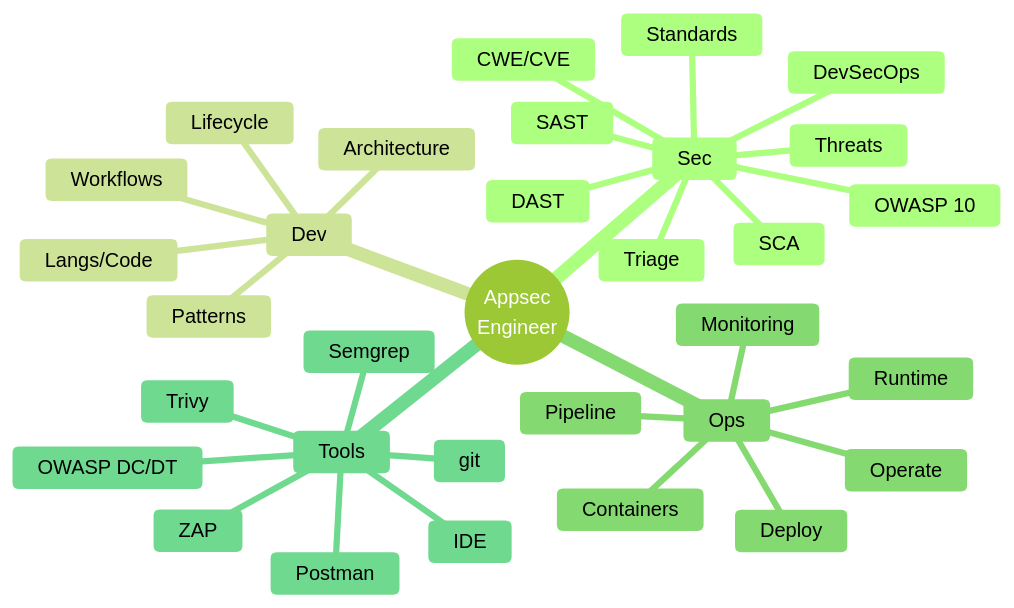
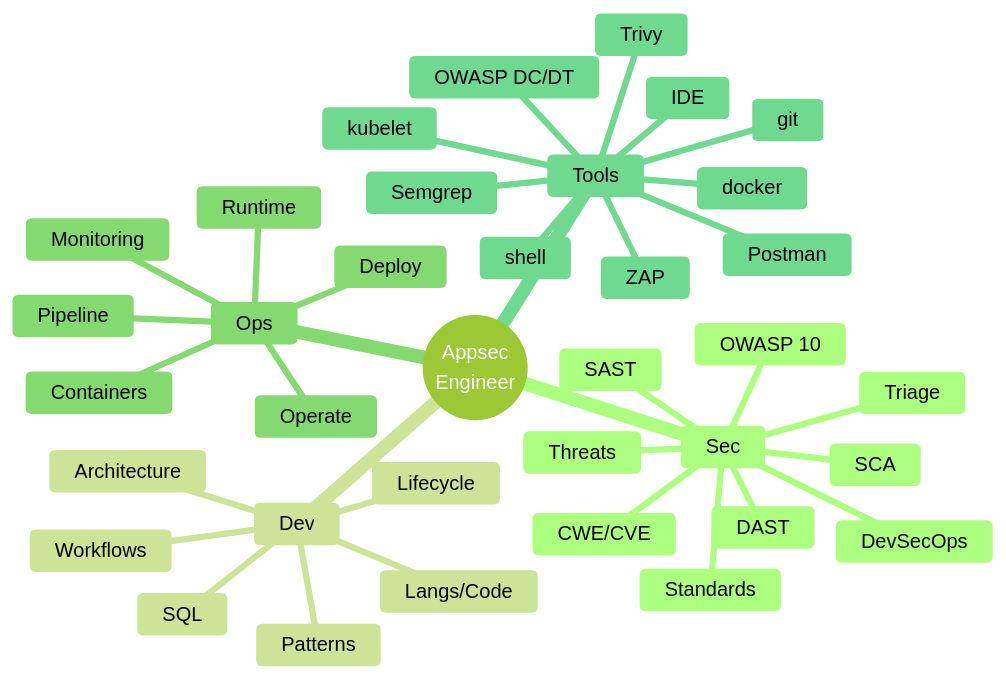
Before and after one commit to kremlsa/StudyPlanAppSec: the diagram in README.md, drawn with Mermaid.

````diff
--- a/README.md
+++ b/README.md
@@ -2,36 +2,40 @@
 ```mermaid
 %%{init: {'theme':'forest'}}%%
 mindmap
   root((Appsec<br/>Engineer))
     Sec
       OWASP 10
       CWE/CVE
       SCA
       SAST
       DAST
       DevSecOps
       Triage
       Threats
       Standards 
     Dev
       Langs/Code
       Lifecycle
       Architecture
       Patterns
       Workflows
+      SQL
     Ops
       Pipeline
       Containers
       Runtime
       Deploy
       Operate
       Monitoring
     Tools
       IDE
       git
       Postman
       ZAP
       Semgrep
       Trivy
       OWASP DC/DT
+      shell
+      docker
+      kubelet
 ```
````
